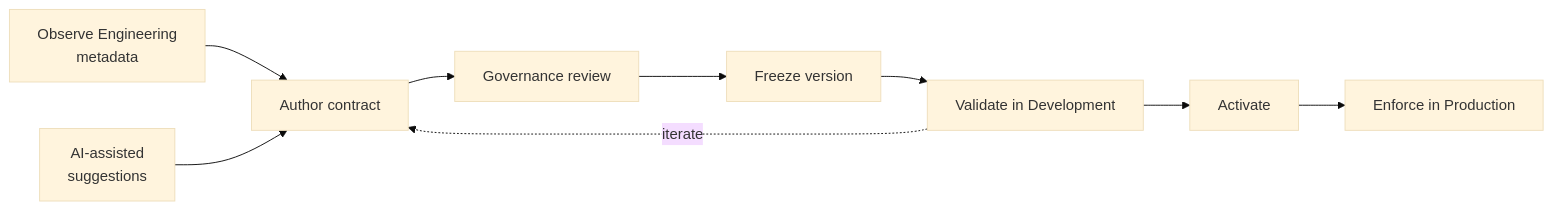
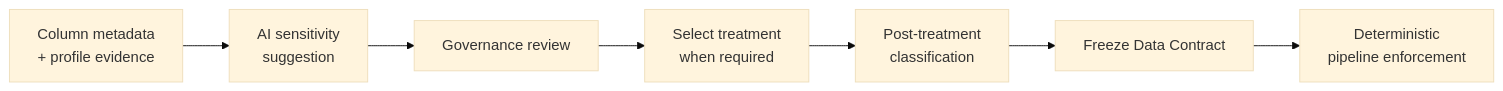
The diagram in docs/solutions/ai-assisted-data-contract-authoring.md (Voycepeh/FabricOps-Starter-Kit), drawn with Mermaid (base theme) before and after one commit. The commit also changed other lines of this file and 2 other files, not shown here.

First line of the commit message:
docs: simplify business rules to data quality page (#1517)

````diff
--- a/docs/solutions/ai-assisted-data-contract-authoring.md
+++ b/docs/solutions/ai-assisted-data-contract-authoring.md
@@ -17,11 +19,9 @@
 ```mermaid
 flowchart LR
-    A["Observe Engineering<br/>metadata"] --> B["Author contract"]
-    C["AI-assisted<br/>suggestions"] --> B
-    B --> D["Governance review"]
-    D --> E["Freeze version"]
-    E --> F["Validate in Development"]
-    F --> G["Activate"]
-    G --> H["Enforce in Production"]
-    F -. "iterate" .-> B
+    A["Column metadata<br/>+ profile evidence"] --> B["AI sensitivity<br/>suggestion"]
+    B --> C["Governance review"]
+    C --> D["Select treatment<br/>when required"]
+    D --> E["Post-treatment<br/>classification"]
+    E --> F["Freeze Data Contract"]
+    F --> G["Deterministic<br/>pipeline enforcement"]
 ```
````
